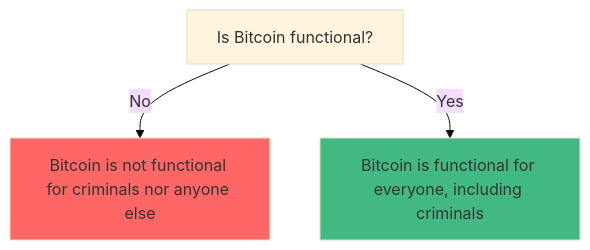
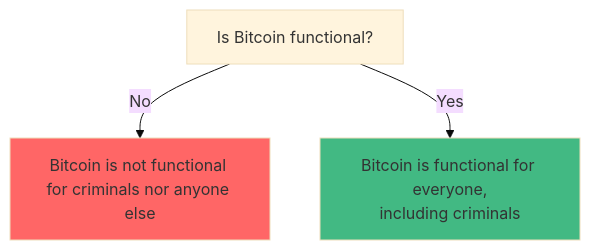
The diagram in README.md (rene78/BitcoinMythBusters), drawn with Mermaid (base theme) before and after one commit. The commit also changed other lines of this file, not shown here.

````diff
--- a/README.md
+++ b/README.md
@@ -54,8 +54,8 @@
   ```mermaid
   graph TD
-  A[Is Bitcoin functional?] --> |No| B[Bitcoin is not functional for criminals nor anyone else]
-  A --> |Yes| C[Bitcoin is functional for everyone, including criminals]
+  A[Is Bitcoin functional?] --> |No| B[Bitcoin is not functional <br/>for criminals nor anyone else]
+  A --> |Yes| C[Bitcoin is functional for everyone,<br/>including criminals]
 
   style B fill:#ff6666
   style C fill:#42B983
   ```
````
